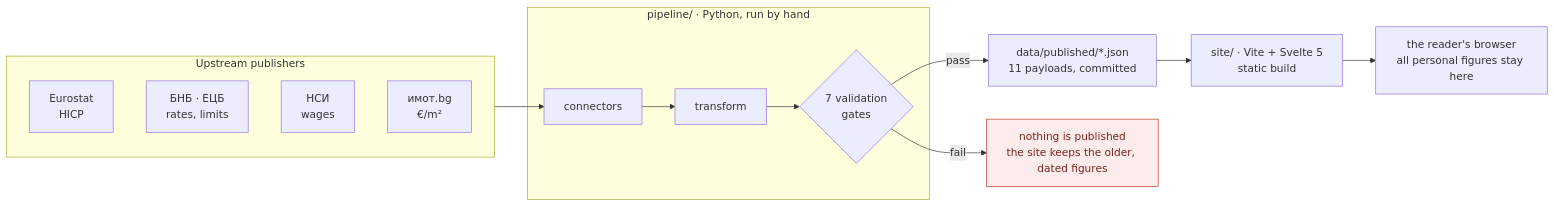
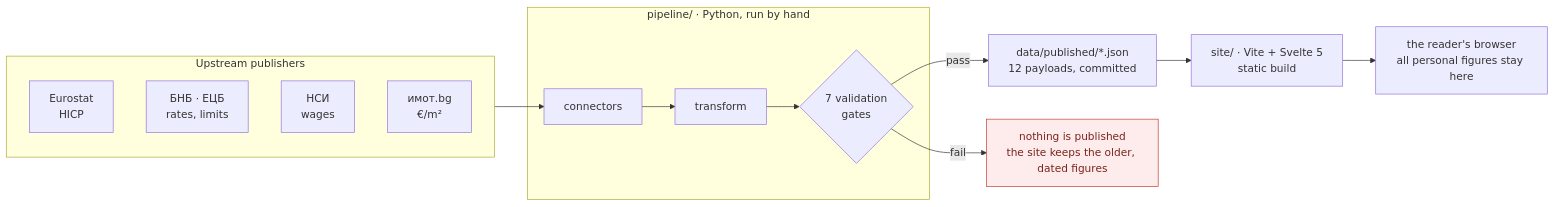
One commit to vyarno-bg/vyarno changed the diagram in README.md. Above: the diagram before and after it, drawn with Mermaid. The commit also changed other lines of this file and 30 other files, not shown here.

````diff
--- a/README.md
+++ b/README.md
@@ -128,25 +128,25 @@
 ```mermaid
 flowchart LR
   subgraph up["Upstream publishers"]
     E["Eurostat<br/>HICP"]
     B["БНБ · ЕЦБ<br/>rates, limits"]
     N["НСИ<br/>wages"]
     I["имот.bg<br/>€/m²"]
   end
 
   subgraph pipe["pipeline/ · Python, run by hand"]
     C["connectors"] --> T["transform"] --> G{"7 validation<br/>gates"}
   end
 
-  J["data/published/*.json<br/>11 payloads, committed"]
+  J["data/published/*.json<br/>12 payloads, committed"]
   S["site/ · Vite + Svelte 5<br/>static build"]
   U["the reader's browser<br/>all personal figures stay here"]
 
   up --> C
   G -->|"pass"| J
   G -->|"fail"| X["nothing is published<br/>the site keeps the older, dated figures"]
   J --> S --> U
 
   classDef stop fill:#fdeceb,stroke:#c0392b,color:#7b241c;
   class X stop;
 ```
````
